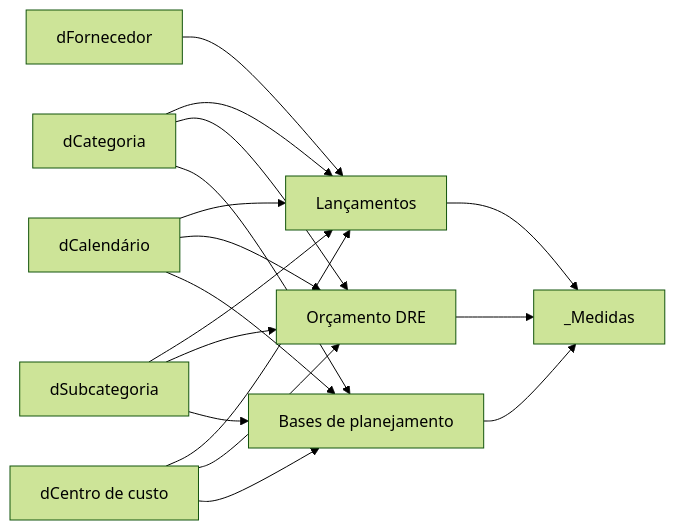
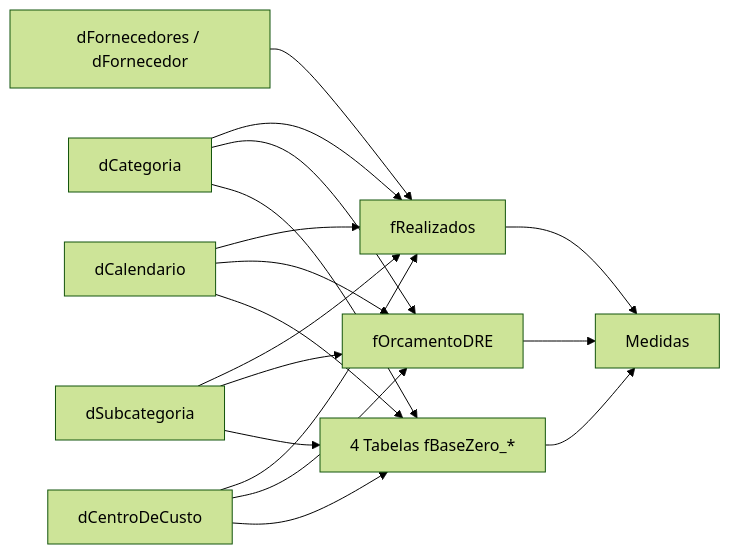
Before and after one commit to gcapodeferro02/Case-Power-BI-DRE-Logistica: the diagram in docs/modelo-e-relacionamentos.md, drawn with Mermaid (forest theme). The commit also changed other lines of this file and 8 other files, not shown here.

Commit message:
docs: interlink DRE case and superpowers specs with Cerebro_IA Obsidian graph

````diff
--- a/docs/modelo-e-relacionamentos.md
+++ b/docs/modelo-e-relacionamentos.md
@@ -28,19 +30,19 @@
 ```mermaid
 flowchart LR
-    CAL[dCalendário] --> LAN[ Lançamentos ]
+    CAL[dCalendario] --> LAN[ fRealizados ]
     CAT[dCategoria] --> LAN
     SUB[dSubcategoria] --> LAN
-    CC[dCentro de custo] --> LAN
-    FORN[dFornecedor] --> LAN
-    CAT --> ORC[Orçamento DRE]
+    CC[dCentroDeCusto] --> LAN
+    FORN[dFornecedores / dFornecedor] --> LAN
+    CAT --> ORC[fOrcamentoDRE]
     SUB --> ORC
     CC --> ORC
     CAL --> ORC
-    CAL --> OBZ[Bases de planejamento]
+    CAL --> OBZ[4 Tabelas fBaseZero_*]
     CAT --> OBZ
     SUB --> OBZ
     CC --> OBZ
-    LAN --> MED[_Medidas]
+    LAN --> MED[Medidas]
     ORC --> MED
     OBZ --> MED
 ```
````
